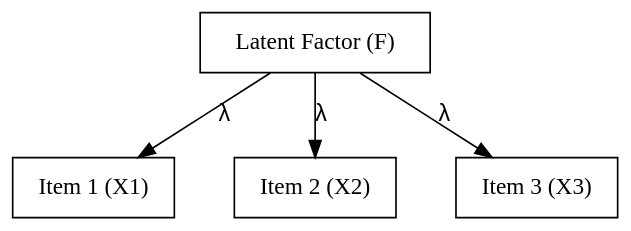
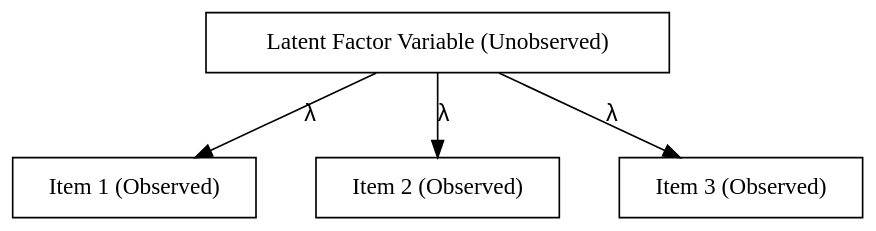
The diagram in latent/factor.qmd (kevinli03/pspe), drawn with Graphviz before and after one commit. The commit also changed other lines of this file and 51 other files, not shown here.

````diff
--- a/latent/factor.qmd
+++ b/latent/factor.qmd
@@ -8,20 +8,20 @@
 ```{dot}
 //| fig-width: 4
-//| fig-height: 1.4
+//| fig-height: 1.2
 digraph example2 {
   bgcolor="transparent";
   // Nodes
-  F [shape=box, pos = "0,0!", label="Latent Factor (F)"]
-  X1 [shape=box, pos = "2,0!", label="Item 1 (X1)"]
-  X2 [shape=box, pos = "1,-2!", label="Item 2 (X2)"]
-  X3 [shape=box, pos="1,0!", label="Item 3 (X3)"]
+  F [shape=box, pos = "0,0!", label="Latent Factor Variable (Unobserved)"]
+  X1 [shape=box, pos = "2,0!", label="Item 1 (Observed)"]
+  X2 [shape=box, pos = "1,-2!", label="Item 2 (Observed)"]
+  X3 [shape=box, pos="1,0!", label="Item 3 (Observed)"]
 
   // Edges
   {F -> X1 [label=<<FONT FACE="Arial">&lambda;</FONT>>]}
   {F -> X2 [label=<<FONT FACE="Arial">&lambda;</FONT>>]}
   {F -> X3 [label=<<FONT FACE="Arial">&lambda;</FONT>>]}
   
   graph [nodesep=0.5, ranksep=0.5]
 
 }
 ```
````
